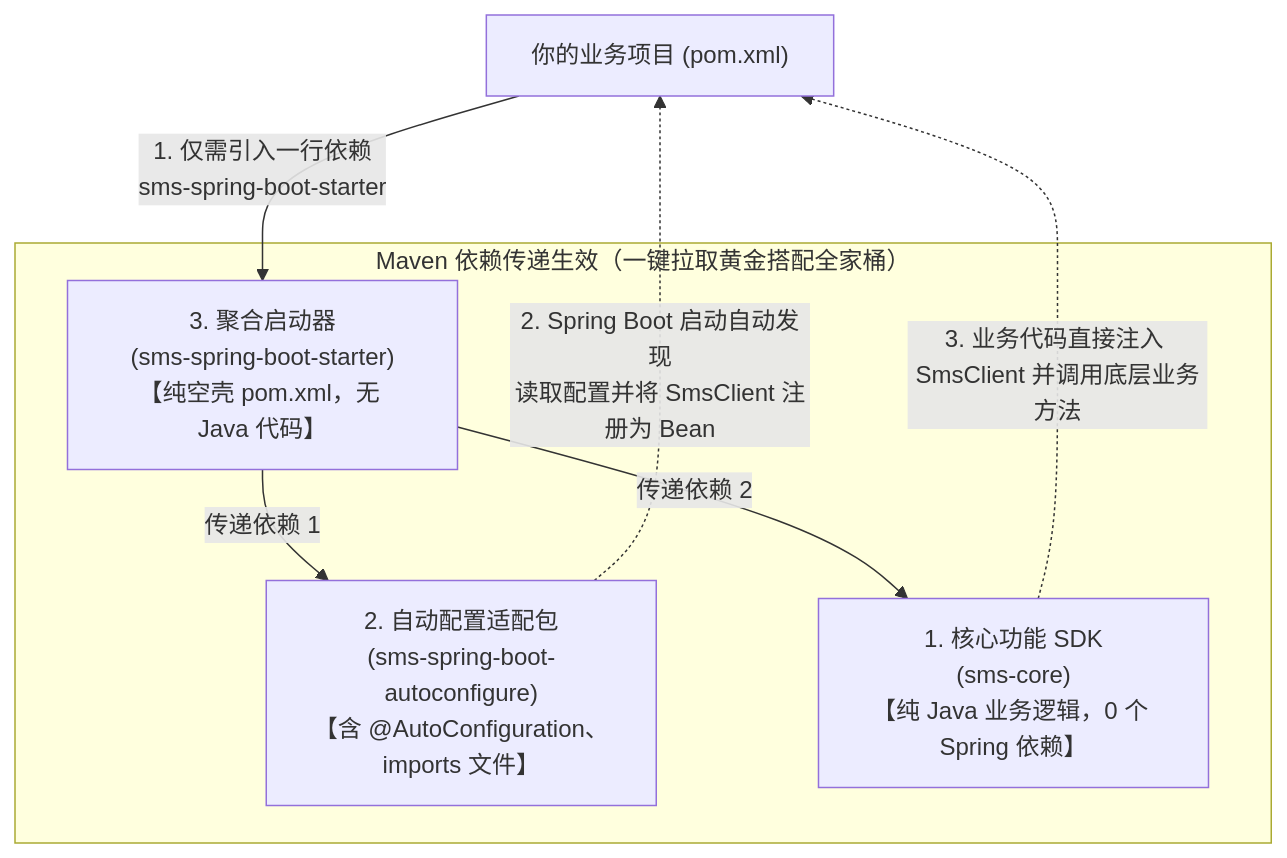
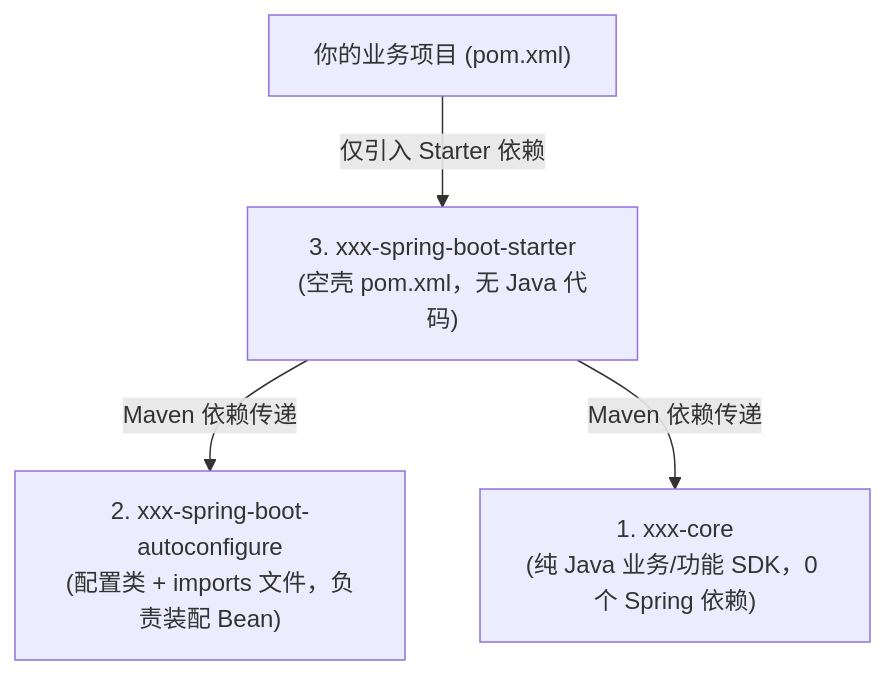
The third of 3 diagrams in 20-Java后端/04-Spring生态/05-SpringBoot Starter机制.md (GuoWWWX/knowledge-base), drawn with Mermaid before and after one commit. The commit also changed other lines of this file, not shown here.

Commit message:
docs: streamline starter 3-tier architecture section

````diff
--- a/20-Java后端/04-Spring生态/05-SpringBoot Starter机制.md
+++ b/20-Java后端/04-Spring生态/05-SpringBoot Starter机制.md
@@ -186,12 +181,6 @@
 ```mermaid
 flowchart TD
-    UserApp["你的业务项目 (pom.xml)"] -->|"1. 仅需引入一行依赖\n<artifactId>sms-spring-boot-starter</artifactId>"| Starter["3. 聚合启动器\n(sms-spring-boot-starter)\n【纯空壳 pom.xml，无 Java 代码】"]
-
-    subgraph DependencyPassing["Maven 依赖传递生效（一键拉取黄金搭配全家桶）"]
-        Starter -->|"传递依赖 1"| AutoConfig["2. 自动配置适配包\n(sms-spring-boot-autoconfigure)\n【含 @AutoConfiguration、imports 文件】"]
-        Starter -->|"传递依赖 2"| CoreSDK["1. 核心功能 SDK\n(sms-core)\n【纯 Java 业务逻辑，0 个 Spring 依赖】"]
-    end
-
-    AutoConfig -.->|"2. Spring Boot 启动自动发现\n读取配置并将 SmsClient 注册为 Bean"| UserApp
-    CoreSDK -.->|"3. 业务代码直接注入 SmsClient 并调用底层业务方法"| UserApp
+    UserApp["你的业务项目 (pom.xml)"] -->|"仅引入 Starter 依赖"| Starter["3. xxx-spring-boot-starter\n(空壳 pom.xml，无 Java 代码)"]
+    Starter -->|"Maven 依赖传递"| AutoConfig["2. xxx-spring-boot-autoconfigure\n(配置类 + imports 文件，负责装配 Bean)"]
+    Starter -->|"Maven 依赖传递"| CoreSDK["1. xxx-core\n(纯 Java 业务/功能 SDK，0 个 Spring 依赖)"]
 ```
````
